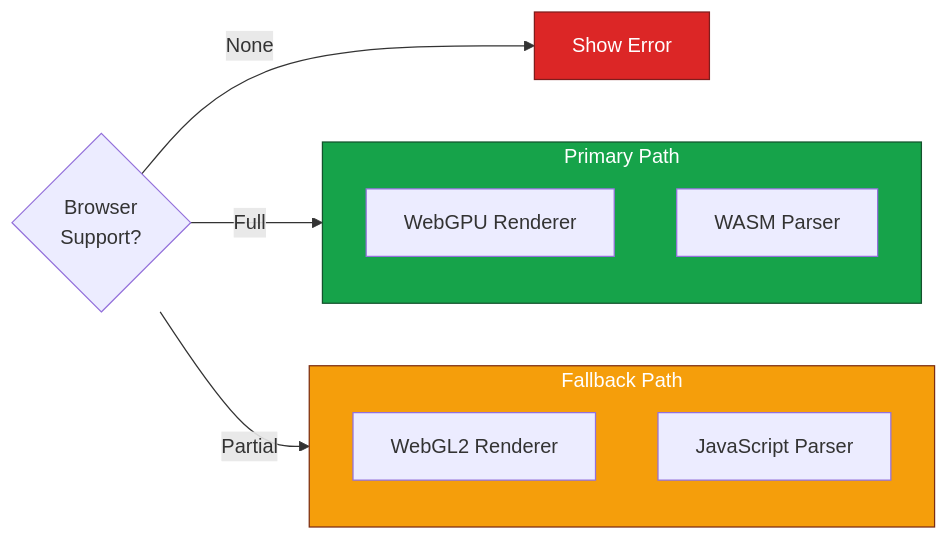
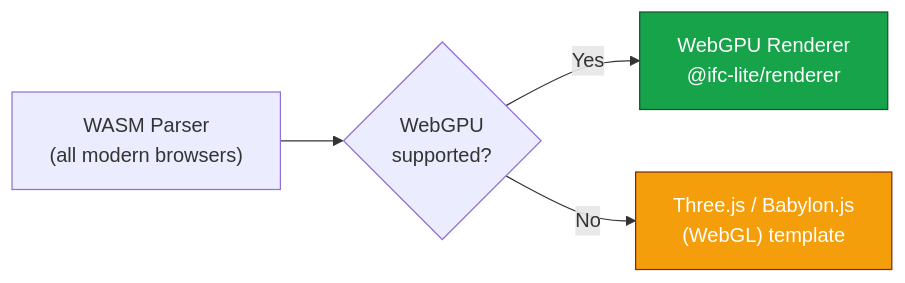
One commit to LTplus-AG/ifc-lite changed the second of 2 diagrams in docs/guide/browser-requirements.md. Above: the diagram before and after it, drawn with Mermaid. The commit also changed other lines of this file and 70 other files, not shown here.

````diff
--- a/docs/guide/browser-requirements.md
+++ b/docs/guide/browser-requirements.md
@@ -167,21 +168,11 @@
 ```mermaid
 flowchart LR
-    subgraph Primary["Primary Path"]
-        WebGPU["WebGPU Renderer"]
-        WASM["WASM Parser"]
-    end
+    WASM["WASM Parser<br/>(all modern browsers)"]
+    Check{WebGPU<br/>supported?}
+    WASM --> Check
+    Check -->|Yes| WebGPU["WebGPU Renderer<br/>@ifc-lite/renderer"]
+    Check -->|No| WebGL["Three.js / Babylon.js<br/>(WebGL) template"]
 
-    subgraph Fallback["Fallback Path"]
-        WebGL["WebGL2 Renderer"]
-        JS["JavaScript Parser"]
-    end
-
-    Check{Browser<br/>Support?}
-    Check -->|Full| Primary
-    Check -->|Partial| Fallback
-    Check -->|None| Error[Show Error]
-
-    style Primary fill:#16a34a,stroke:#14532d,color:#fff
-    style Fallback fill:#f59e0b,stroke:#7c2d12,color:#fff
-    style Error fill:#dc2626,stroke:#7f1d1d,color:#fff
+    style WebGPU fill:#16a34a,stroke:#14532d,color:#fff
+    style WebGL fill:#f59e0b,stroke:#7c2d12,color:#fff
 ```
````
